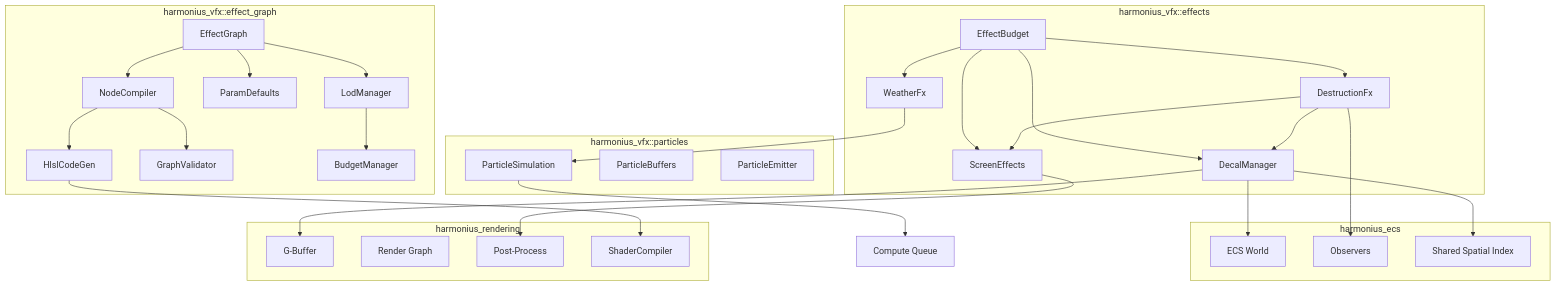
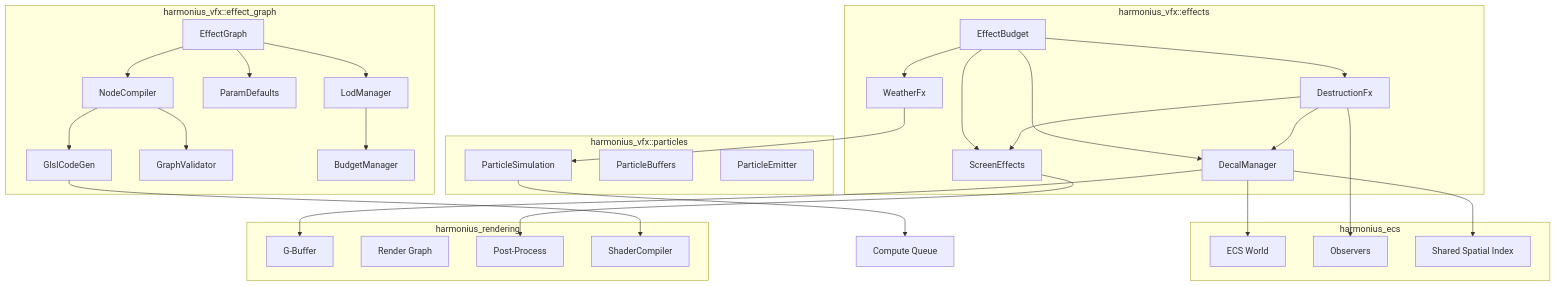
Before and after one commit to harmonius-dev/harmonius: the first of 6 diagrams in docs/design/vfx/effects.md, drawn with Mermaid. The commit also changed other lines of this file and 128 other files, not shown here.

````diff
--- a/docs/design/vfx/effects.md
+++ b/docs/design/vfx/effects.md
@@ -158,61 +158,61 @@
 ```mermaid
 graph TD
     subgraph "harmonius_vfx::effects"
         DM[DecalManager]
         SE[ScreenEffects]
         WX[WeatherFx]
         DX[DestructionFx]
         EB[EffectBudget]
     end
 
     subgraph "harmonius_vfx::effect_graph"
         EG[EffectGraph]
         NC[NodeCompiler]
-        HC[HlslCodeGen]
+        HC[GlslCodeGen]
         GV[GraphValidator]
         PR[ParamDefaults]
         LM[LodManager]
         BM[BudgetManager]
     end
 
     subgraph "harmonius_vfx::particles"
         PS[ParticleSimulation]
         PB[ParticleBuffers]
         PE[ParticleEmitter]
     end
 
     subgraph "harmonius_ecs"
         EC[ECS World]
         OB[Observers]
         SI[Shared Spatial Index]
     end
 
     subgraph "harmonius_rendering"
         GB[G-Buffer]
         RG[Render Graph]
         PP[Post-Process]
         SH[ShaderCompiler]
     end
 
     DM --> GB
     DM --> SI
     SE --> PP
     WX --> PS
     DX --> DM
     DX --> SE
     EB --> DM
     EB --> SE
     EB --> WX
     EB --> DX
 
     EG --> NC
     NC --> HC
     NC --> GV
     EG --> PR
     EG --> LM
     LM --> BM
     HC --> SH
     PS --> GPU[Compute Queue]
     DM --> EC
     DX --> OB
 ```
````
